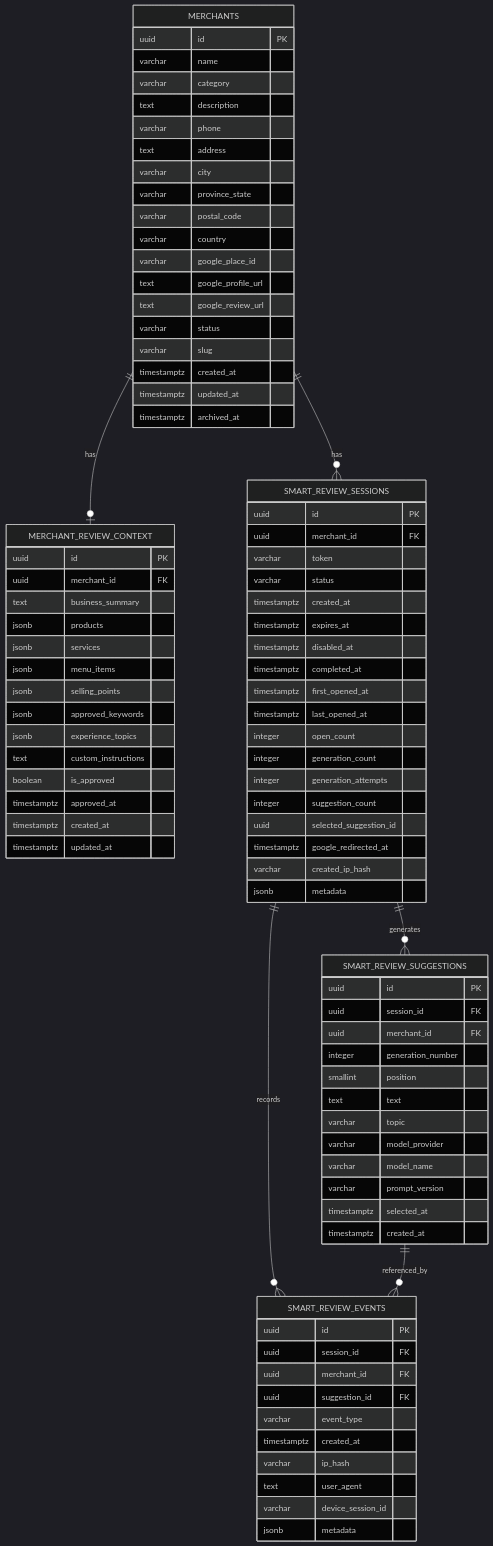
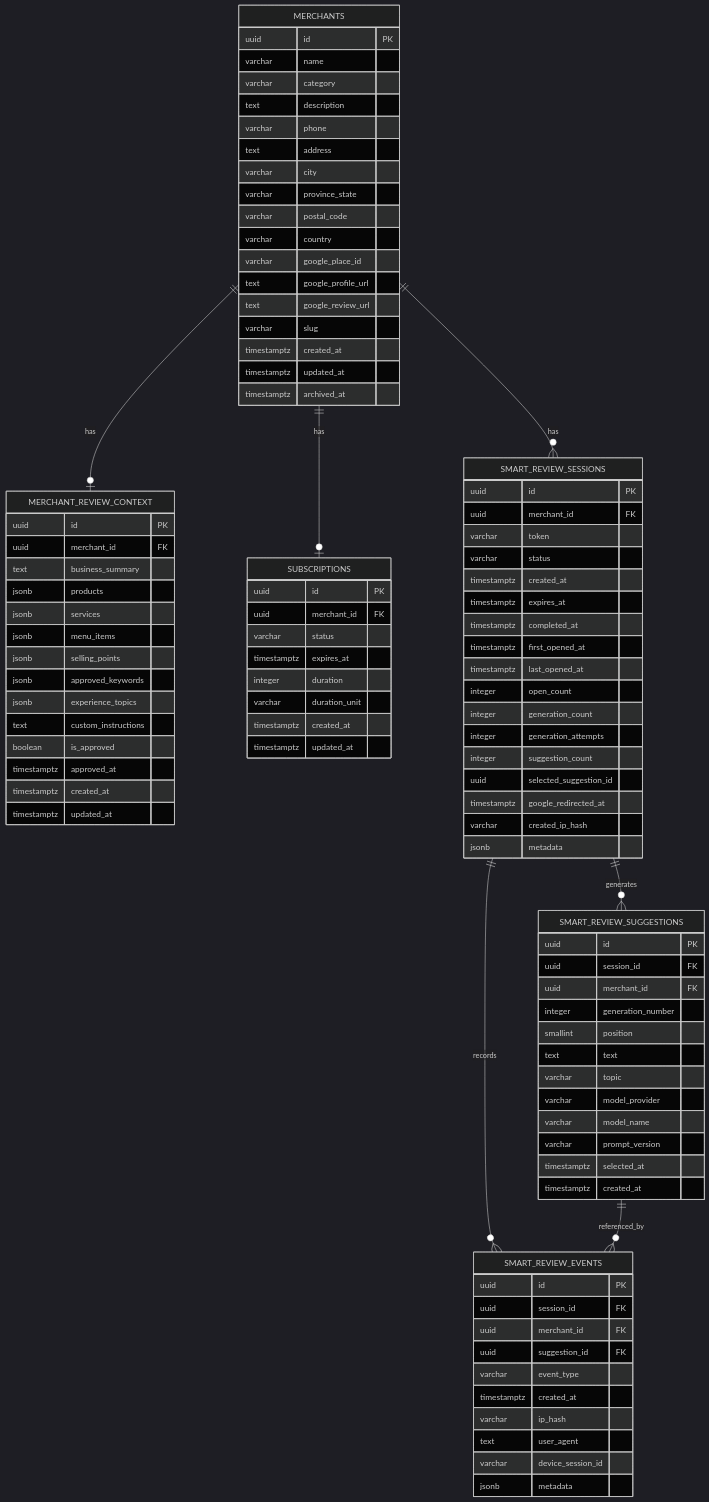
The diagram in SPECS/data-models.md (ml-goopter/smart_reviewer), drawn with Mermaid (dark theme) before and after one commit. The commit also changed other lines of this file and 5 other files, not shown here.

````diff
--- a/SPECS/data-models.md
+++ b/SPECS/data-models.md
@@ -43,6 +46,7 @@
 ```mermaid
 erDiagram
     MERCHANTS ||--o| MERCHANT_REVIEW_CONTEXT : has
+    MERCHANTS ||--o| SUBSCRIPTIONS : has
     MERCHANTS ||--o{ SMART_REVIEW_SESSIONS : has
     SMART_REVIEW_SESSIONS ||--o{ SMART_REVIEW_SUGGESTIONS : generates
     SMART_REVIEW_SESSIONS ||--o{ SMART_REVIEW_EVENTS : records
@@ -62,11 +66,21 @@
         varchar google_place_id
         text google_profile_url
         text google_review_url
-        varchar status
         varchar slug
         timestamptz created_at
         timestamptz updated_at
         timestamptz archived_at
+    }
+
+    SUBSCRIPTIONS {
+        uuid id PK
+        uuid merchant_id FK
+        varchar status
+        timestamptz expires_at
+        integer duration
+        varchar duration_unit
+        timestamptz created_at
+        timestamptz updated_at
     }
 
     MERCHANT_REVIEW_CONTEXT {
@@ -93,7 +107,6 @@
         varchar status
         timestamptz created_at
         timestamptz expires_at
-        timestamptz disabled_at
         timestamptz completed_at
         timestamptz first_opened_at
         timestamptz last_opened_at
````
